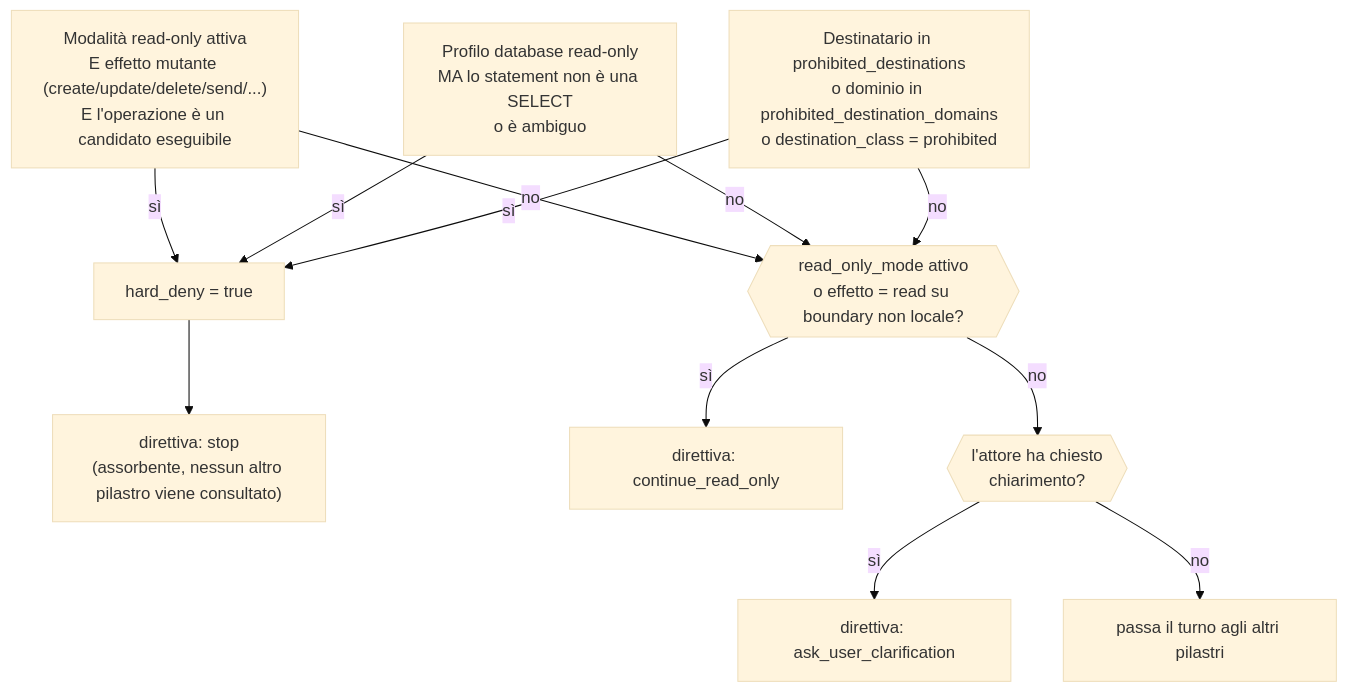
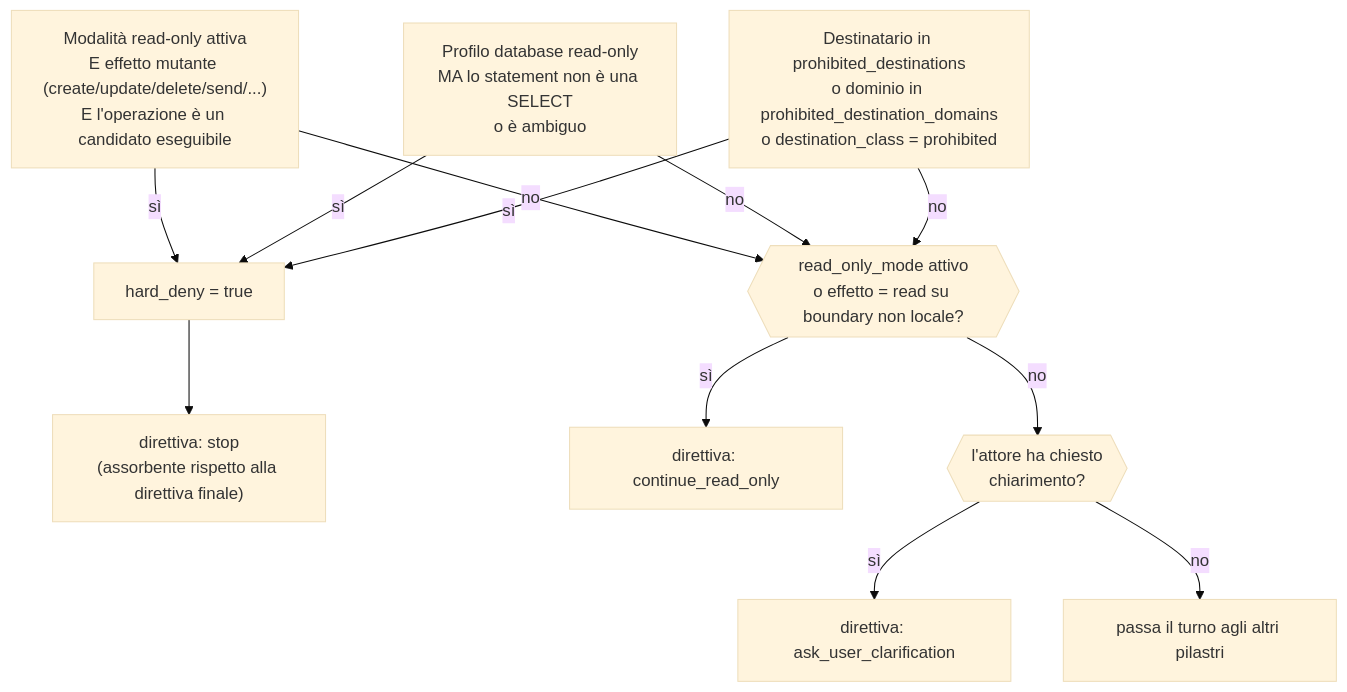
Before and after one commit to francescogabrieli/agents_oversight_engine: the second of 8 diagrams in docs/contracts_and_policy/pillars_riferimento_completo.md, drawn with Mermaid (base theme). The commit also changed other lines of this file, not shown here.

````diff
--- a/docs/contracts_and_policy/pillars_riferimento_completo.md
+++ b/docs/contracts_and_policy/pillars_riferimento_completo.md
@@ -80,14 +82,14 @@
 ```mermaid
 flowchart TD
     A["Modalità read-only attiva<br/>E effetto mutante (create/update/delete/send/...)<br/>E l'operazione è un candidato eseguibile"] -->|sì| DENY["hard_deny = true"]
     B["Profilo database read-only<br/>MA lo statement non è una SELECT<br/>o è ambiguo"] -->|sì| DENY
     C["Destinatario in prohibited_destinations<br/>o dominio in prohibited_destination_domains<br/>o destination_class = prohibited"] -->|sì| DENY
-    DENY --> STOP["direttiva: stop<br/>(assorbente, nessun altro pilastro viene consultato)"]
+    DENY --> STOP["direttiva: stop<br/>(assorbente rispetto alla direttiva finale)"]
     A -->|no| RO{{"read_only_mode attivo<br/>o effetto = read su boundary non locale?"}}
     B -->|no| RO
     C -->|no| RO
     RO -->|sì| CRO["direttiva: continue_read_only"]
     RO -->|no| CLR{{"l'attore ha chiesto<br/>chiarimento?"}}
     CLR -->|sì| ASK["direttiva: ask_user_clarification"]
     CLR -->|no| PASS["passa il turno agli altri pilastri"]
 ```
````
